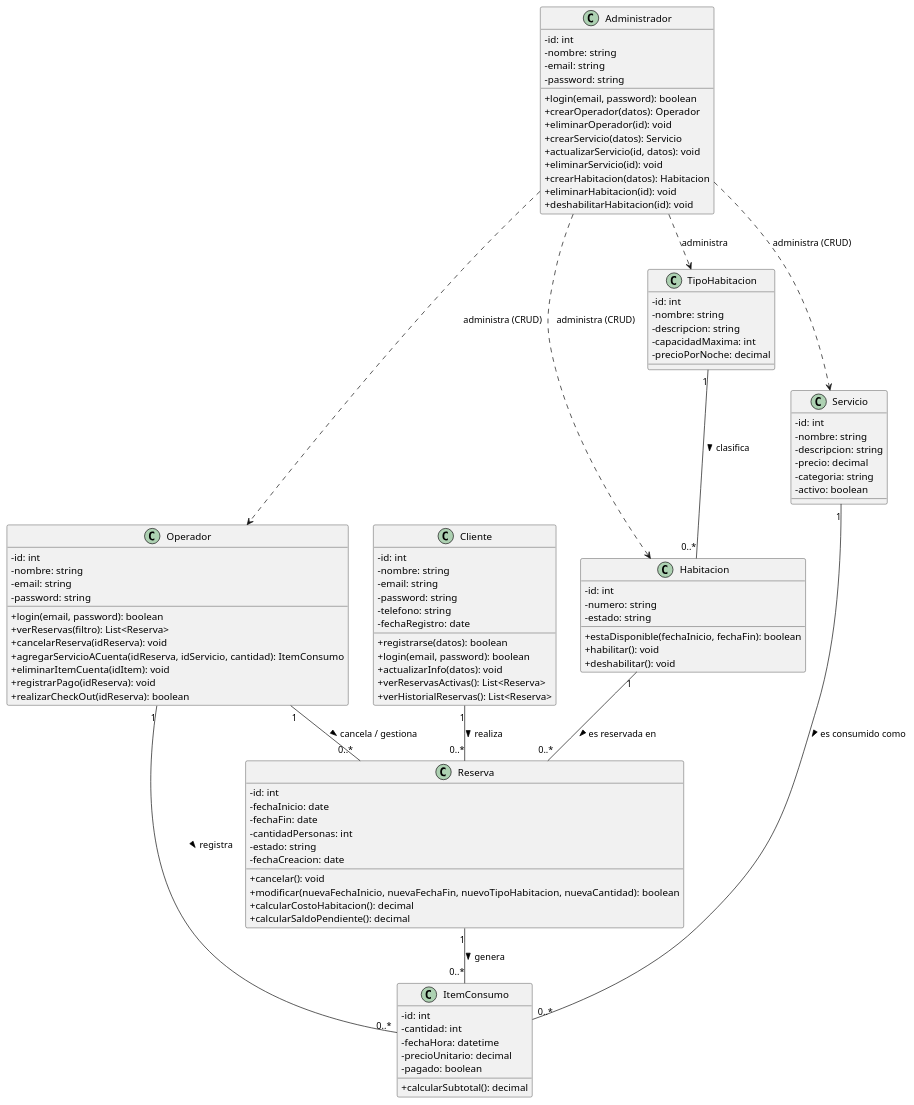
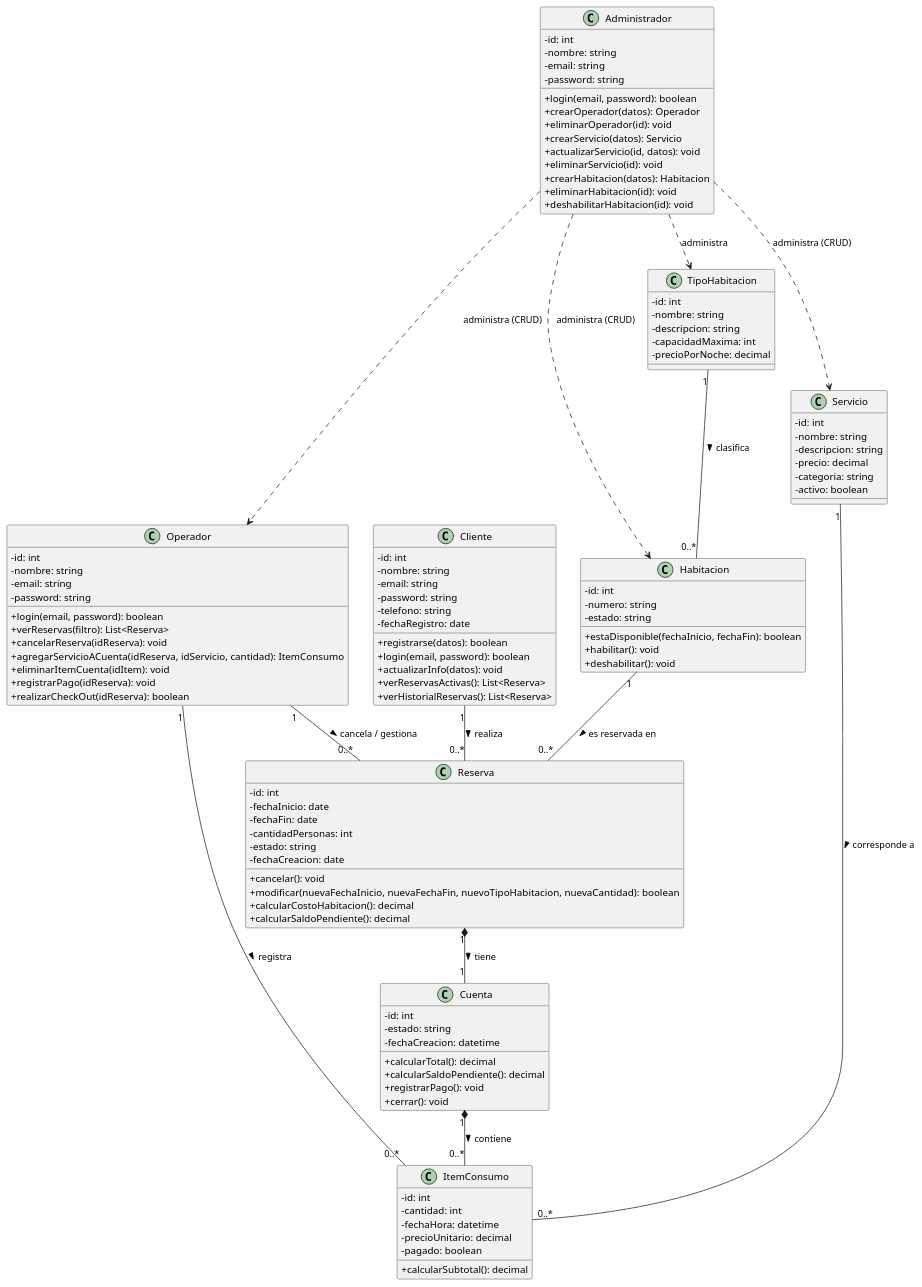
Before and after one commit to Jose-Villarroel/TheRoyale: the diagram in Docs/diagrama_clases_hotel.puml, drawn with PlantUML.

Commit message:
Correccion diagrama UML

```diff
--- a/Docs/diagrama_clases_hotel.puml
+++ b/Docs/diagrama_clases_hotel.puml
@@ -1,111 +1,129 @@
 @startuml DiagramaClasesHotelAlcaravan
 
 skinparam classAttributeIconSize 0
 
 class Cliente {
   -id: int
   -nombre: string
   -email: string
   -password: string
   -telefono: string
   -fechaRegistro: date
   +registrarse(datos): boolean
   +login(email, password): boolean
   +actualizarInfo(datos): void
   +verReservasActivas(): List<Reserva>
   +verHistorialReservas(): List<Reserva>
 }
 
 class Operador {
   -id: int
   -nombre: string
   -email: string
   -password: string
   +login(email, password): boolean
   +verReservas(filtro): List<Reserva>
   +cancelarReserva(idReserva): void
   +agregarServicioACuenta(idReserva, idServicio, cantidad): ItemConsumo
   +eliminarItemCuenta(idItem): void
   +registrarPago(idReserva): void
   +realizarCheckOut(idReserva): boolean
 }
 
 class Administrador {
   -id: int
   -nombre: string
   -email: string
   -password: string
   +login(email, password): boolean
   +crearOperador(datos): Operador
   +eliminarOperador(id): void
   +crearServicio(datos): Servicio
   +actualizarServicio(id, datos): void
   +eliminarServicio(id): void
   +crearHabitacion(datos): Habitacion
   +eliminarHabitacion(id): void
   +deshabilitarHabitacion(id): void
 }
 
 class TipoHabitacion {
   -id: int
   -nombre: string
   -descripcion: string
   -capacidadMaxima: int
   -precioPorNoche: decimal
 }
 
 class Habitacion {
   -id: int
   -numero: string
   -estado: string
   +estaDisponible(fechaInicio, fechaFin): boolean
   +habilitar(): void
   +deshabilitar(): void
 }
 
 class Reserva {
   -id: int
   -fechaInicio: date
   -fechaFin: date
   -cantidadPersonas: int
   -estado: string
   -fechaCreacion: date
   +cancelar(): void
   +modificar(nuevaFechaInicio, nuevaFechaFin, nuevoTipoHabitacion, nuevaCantidad): boolean
   +calcularCostoHabitacion(): decimal
   +calcularSaldoPendiente(): decimal
 }
 
+class Cuenta {
+  -id: int
+  -estado: string
+  -fechaCreacion: datetime
+  +calcularTotal(): decimal
+  +calcularSaldoPendiente(): decimal
+  +registrarPago(): void
+  +cerrar(): void
+}
+
 class Servicio {
   -id: int
   -nombre: string
   -descripcion: string
   -precio: decimal
   -categoria: string
   -activo: boolean
 }
 
 class ItemConsumo {
   -id: int
   -cantidad: int
   -fechaHora: datetime
   -precioUnitario: decimal
   -pagado: boolean
   +calcularSubtotal(): decimal
 }
 
 ' ---- Relaciones ----
 Cliente "1" -- "0..*" Reserva : realiza >
+
 TipoHabitacion "1" -- "0..*" Habitacion : clasifica >
+
 Habitacion "1" -- "0..*" Reserva : es reservada en >
-Reserva "1" -- "0..*" ItemConsumo : genera >
-Servicio "1" -- "0..*" ItemConsumo : es consumido como >
+
+Reserva "1" *-- "1" Cuenta : tiene >
+
+Cuenta "1" *-- "0..*" ItemConsumo : contiene >
+
+Servicio "1" -- "0..*" ItemConsumo : corresponde a >
+
 Operador "1" -- "0..*" ItemConsumo : registra >
+
 Operador "1" -- "0..*" Reserva : cancela / gestiona >
 
 Administrador ..> Operador : administra (CRUD)
 Administrador ..> Servicio : administra (CRUD)
 Administrador ..> Habitacion : administra (CRUD)
 Administrador ..> TipoHabitacion : administra
 
 @enduml
```
